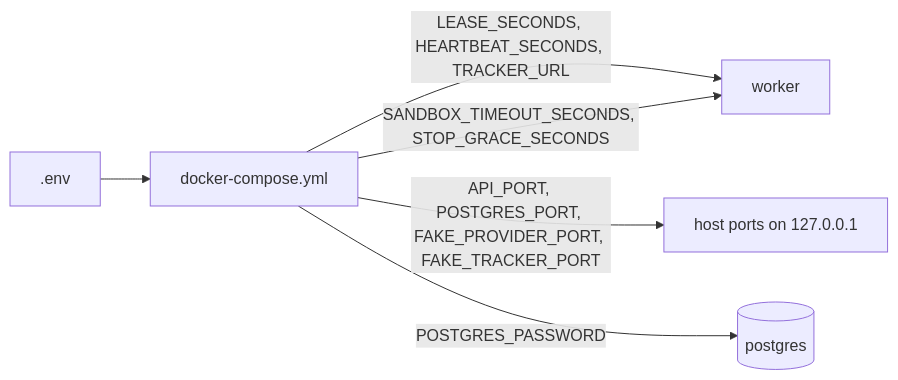
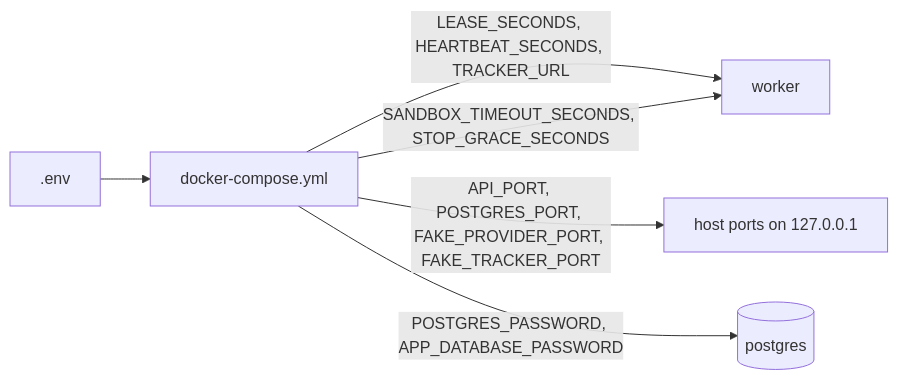
One commit to sindredg/agent-runtime changed the first of 2 diagrams in docs/settings.md. Above: the diagram before and after it, drawn with Mermaid. The commit also changed other lines of this file and 18 other files, not shown here.

````diff
--- a/docs/settings.md
+++ b/docs/settings.md
@@ -9,8 +9,8 @@
 ```mermaid
 flowchart LR
     E[.env] --> C[docker-compose.yml]
     C -->|LEASE_SECONDS, HEARTBEAT_SECONDS, TRACKER_URL| W[worker]
     C -->|SANDBOX_TIMEOUT_SECONDS, STOP_GRACE_SECONDS| W
     C -->|API_PORT, POSTGRES_PORT, FAKE_PROVIDER_PORT, FAKE_TRACKER_PORT| H[host ports on 127.0.0.1]
-    C -->|POSTGRES_PASSWORD| DB[(postgres)]
+    C -->|POSTGRES_PASSWORD, APP_DATABASE_PASSWORD| DB[(postgres)]
 ```
````
